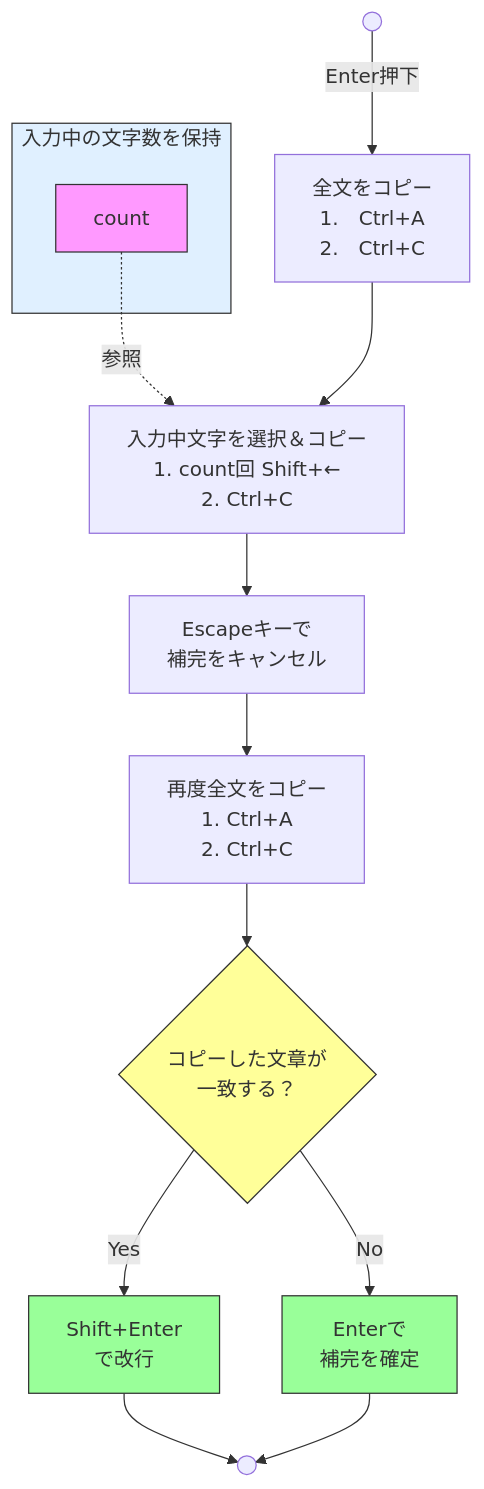
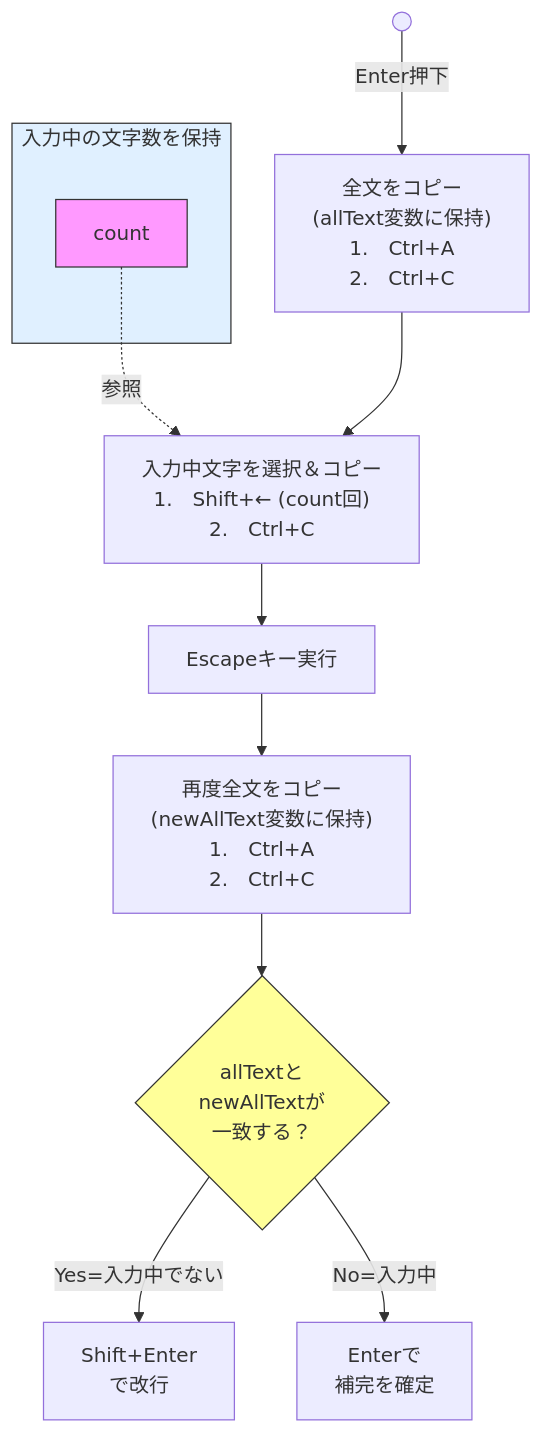
Before and after one commit to clumsy-ug/zenn-contents: the diagram in articles/60fd71fac312e2.md, drawn with Mermaid. The commit also changed other lines of this file, not shown here.

Commit message:
mermaid図とりあえず完成

````diff
--- a/articles/60fd71fac312e2.md
+++ b/articles/60fd71fac312e2.md
@@ -160,33 +160,31 @@
 ```mermaid
 flowchart TD
     subgraph GlobalState[入力中の文字数を保持]
         CountVar[count]
     end
 
     START(( )) -->|Enter押下| B["全文をコピー
+    (allText変数に保持)
     1.　Ctrl+A
     2.　Ctrl+C"]
     CountVar -.->|参照| C
     B --> C["入力中文字を選択＆コピー
-    1. count回 Shift+←
-    2. Ctrl+C"]
-    C --> D["Escapeキーで
-    補完をキャンセル"]
+    1.　Shift+← (count回)
+    2.　Ctrl+C"]
+    C --> D["Escapeキー実行"]
     D --> E["再度全文をコピー
-    1. Ctrl+A
-    2. Ctrl+C"]
-    E --> F{"コピーした文章が
+    (newAllText変数に保持)
+    1.　Ctrl+A
+    2.　Ctrl+C"]
+    E --> F{"allTextと
+    newAllTextが
     一致する？"}
-    F -->|Yes| G["Shift+Enter
+    F -->|Yes=入力中でない| G["Shift+Enter
     で改行"]
-    F -->|No| H["Enterで
+    F -->|No=入力中| H["Enterで
     補完を確定"]
-    G --> END(( ))
-    H --> END(( ))
 
     style GlobalState fill:#e0f0ff,stroke:#333
     style CountVar fill:#f9f,stroke:#333
     style F fill:#ff9,stroke:#333
-    style G fill:#9f9,stroke:#333
-    style H fill:#9f9,stroke:#333
 ```
````
